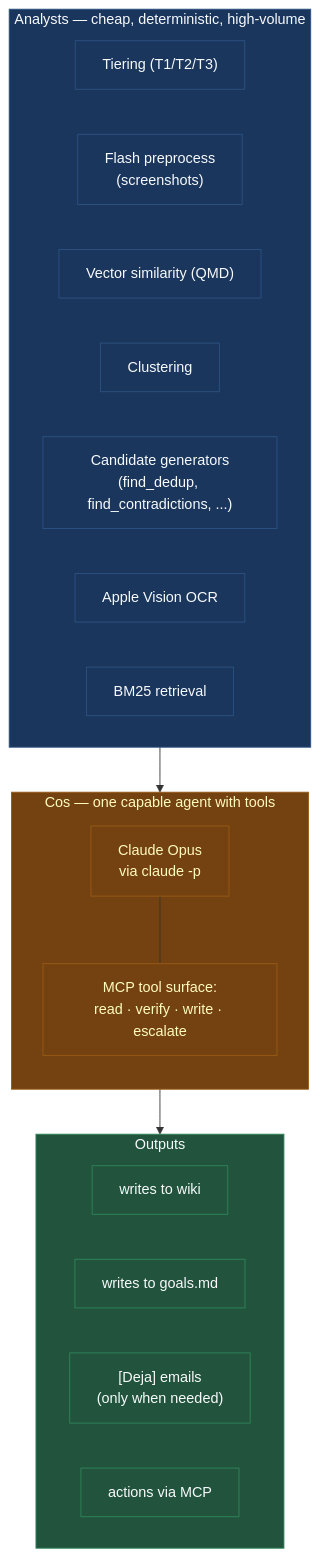
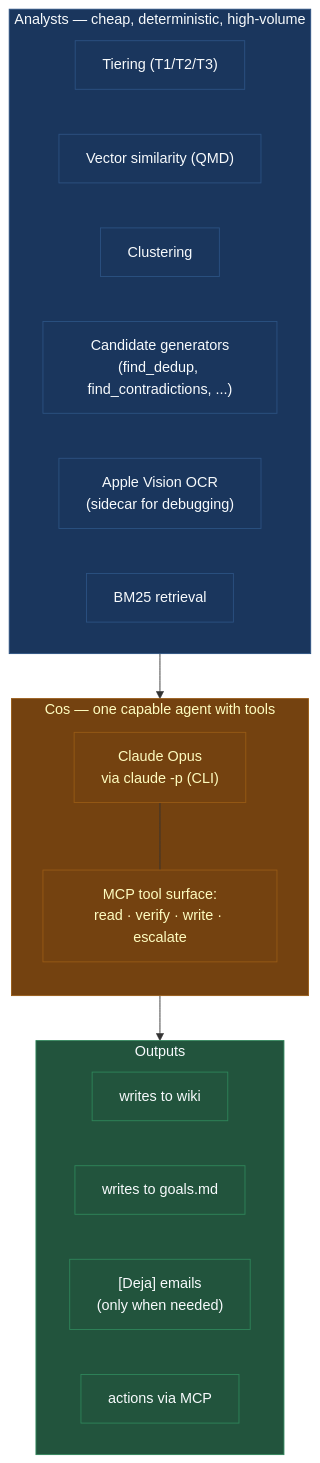
One commit to dwurtz/lighthouse changed the first of 4 diagrams in docs-site/docs/cos.md. Above: the diagram before and after it, drawn with Mermaid. The commit also changed other lines of this file and 5 other files, not shown here.

First line of the commit message:
docs-site: scrub Gemini/Flash-Lite from teaching narrative; integrate is Claude Vision

````diff
--- a/docs-site/docs/cos.md
+++ b/docs-site/docs/cos.md
@@ -5,36 +5,35 @@
 ```mermaid
 flowchart TB
     subgraph Analysts["Analysts — cheap, deterministic, high-volume"]
         T["Tiering (T1/T2/T3)"]
-        P["Flash preprocess<br/>(screenshots)"]
         V["Vector similarity (QMD)"]
         CL[Clustering]
         CG["Candidate generators<br/>(find_dedup, find_contradictions, ...)"]
-        OC["Apple Vision OCR"]
+        OC["Apple Vision OCR<br/>(sidecar for debugging)"]
         BM[BM25 retrieval]
     end
 
     subgraph Cos["Cos — one capable agent with tools"]
         direction TB
-        CA["Claude Opus<br/>via claude -p"]
+        CA["Claude Opus<br/>via claude -p (CLI)"]
         MCP["MCP tool surface:<br/>read · verify · write · escalate"]
         CA --- MCP
     end
 
     subgraph Outputs
         W[writes to wiki]
         G[writes to goals.md]
         E["[Deja] emails<br/>(only when needed)"]
         A[actions via MCP]
     end
 
     Analysts --> Cos
     Cos --> Outputs
 
     classDef an fill:#1a365d,stroke:#2c5282,color:#f7fafc
     classDef cos fill:#744210,stroke:#975a16,color:#fefcbf
     classDef out fill:#22543d,stroke:#2f855a,color:#f7fafc
-    class Analysts,T,P,V,CL,CG,OC,BM an
+    class Analysts,T,V,CL,CG,OC,BM an
     class Cos,CA,MCP cos
     class Outputs,W,G,E,A out
 ```
````
